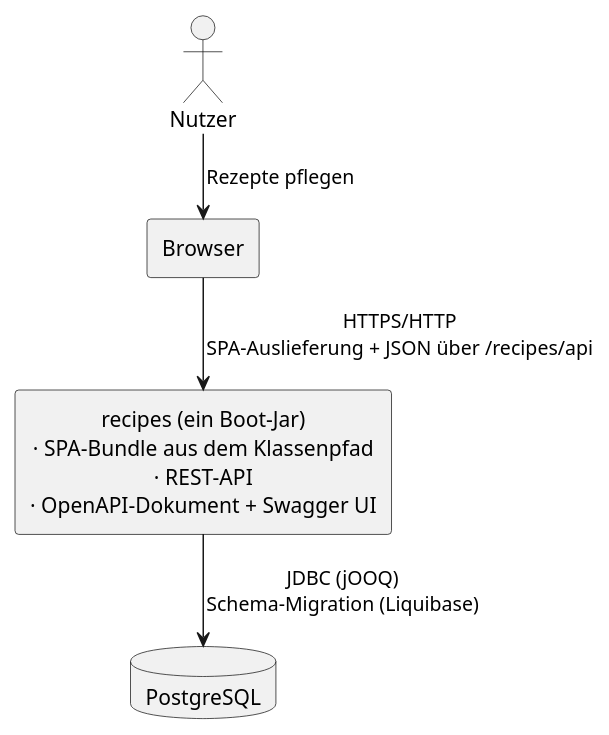
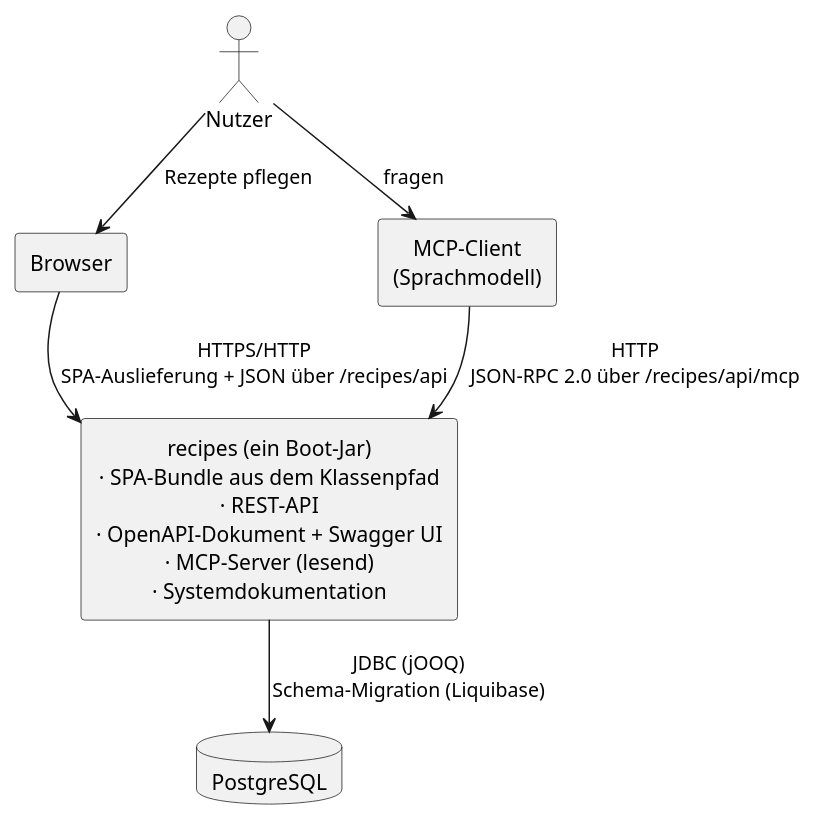
The diagram in docs/system/ueberblick.adoc (Keymaster65/hello-ai), drawn with PlantUML before and after one commit. The commit also changed other lines of this file and 37 other files, not shown here.

```diff
--- a/docs/system/ueberblick.adoc
+++ b/docs/system/ueberblick.adoc
@@ -60,18 +64,21 @@
 [plantuml,systemkontext,svg]
 ....
 @startuml
 !pragma layout smetana
 skinparam shadowing false
 skinparam componentStyle rectangle
 skinparam defaultTextAlignment center
 
 actor "Nutzer" as nutzer
 [Browser] as browser
-component "recipes (ein Boot-Jar)\n· SPA-Bundle aus dem Klassenpfad\n· REST-API\n· OpenAPI-Dokument + Swagger UI" as recipes
+component "MCP-Client\n(Sprachmodell)" as mcp
+component "recipes (ein Boot-Jar)\n· SPA-Bundle aus dem Klassenpfad\n· REST-API\n· OpenAPI-Dokument + Swagger UI\n· MCP-Server (lesend)\n· Systemdokumentation" as recipes
 database "PostgreSQL" as db
 
 nutzer --> browser : Rezepte pflegen
+nutzer --> mcp : fragen
 browser --> recipes : HTTPS/HTTP\nSPA-Auslieferung + JSON über /recipes/api
+mcp --> recipes : HTTP\nJSON-RPC 2.0 über /recipes/api/mcp
 recipes --> db : JDBC (jOOQ)\nSchema-Migration (Liquibase)
 @enduml
 ....
```
